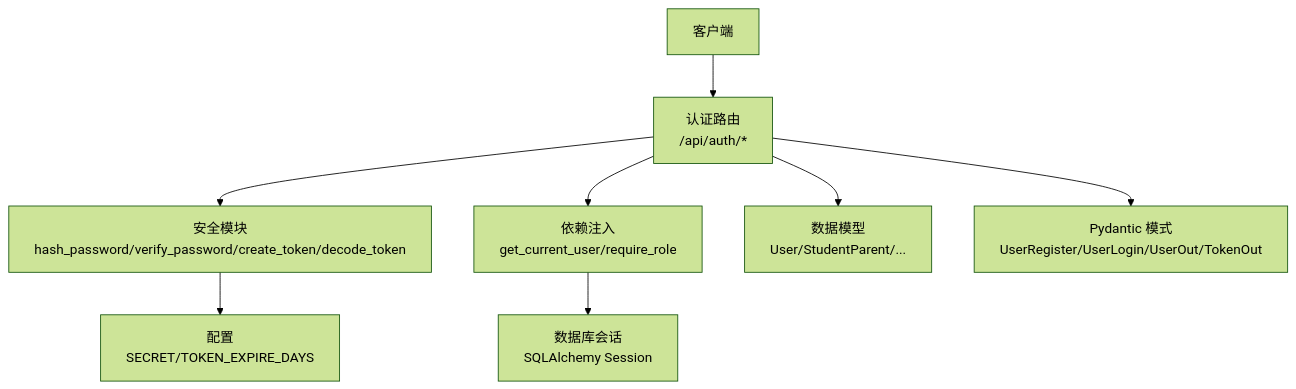
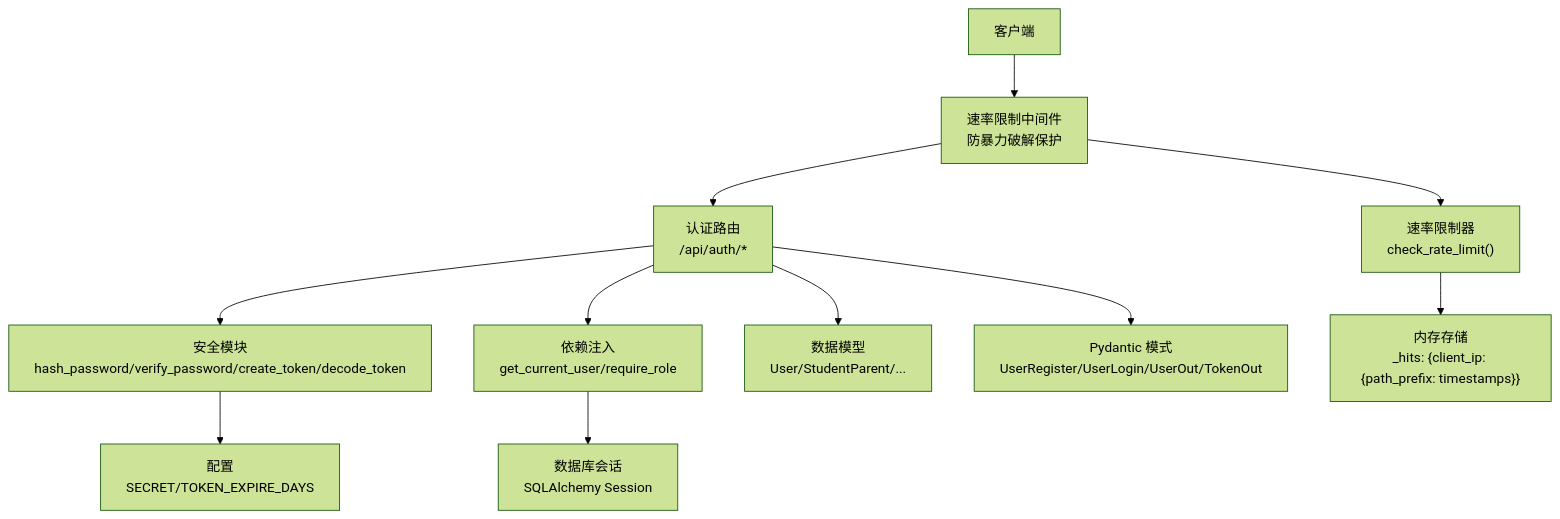
One commit to onebody/homework changed the first of 8 diagrams in .qoder/repowiki/zh/content/暑假作业打卡系统/后端服务架构/路由层设计/用户认证路由.md. Above: the diagram before and after it, drawn with Mermaid (forest theme). The commit also changed other lines of this file and 15 other files, not shown here.

````diff
--- a/.qoder/repowiki/zh/content/暑假作业打卡系统/后端服务架构/路由层设计/用户认证路由.md
+++ b/.qoder/repowiki/zh/content/暑假作业打卡系统/后端服务架构/路由层设计/用户认证路由.md
@@ -36,10 +46,13 @@
 ```mermaid
 graph TB
-Client["客户端"] --> Router["认证路由<br/>/api/auth/*"]
+Client["客户端"] --> Middleware["速率限制中间件<br/>防暴力破解保护"]
+Middleware --> Router["认证路由<br/>/api/auth/*"]
 Router --> Security["安全模块<br/>hash_password/verify_password/create_token/decode_token"]
 Router --> Deps["依赖注入<br/>get_current_user/require_role"]
 Deps --> DB["数据库会话<br/>SQLAlchemy Session"]
 Router --> Models["数据模型<br/>User/StudentParent/..."]
 Router --> Schemas["Pydantic 模式<br/>UserRegister/UserLogin/UserOut/TokenOut"]
 Security --> Config["配置<br/>SECRET/TOKEN_EXPIRE_DAYS"]
+Middleware --> RateLimit["速率限制器<br/>check_rate_limit()"]
+RateLimit --> Memory["内存存储<br/>_hits: {client_ip: {path_prefix: timestamps}}"]
 ```
````
